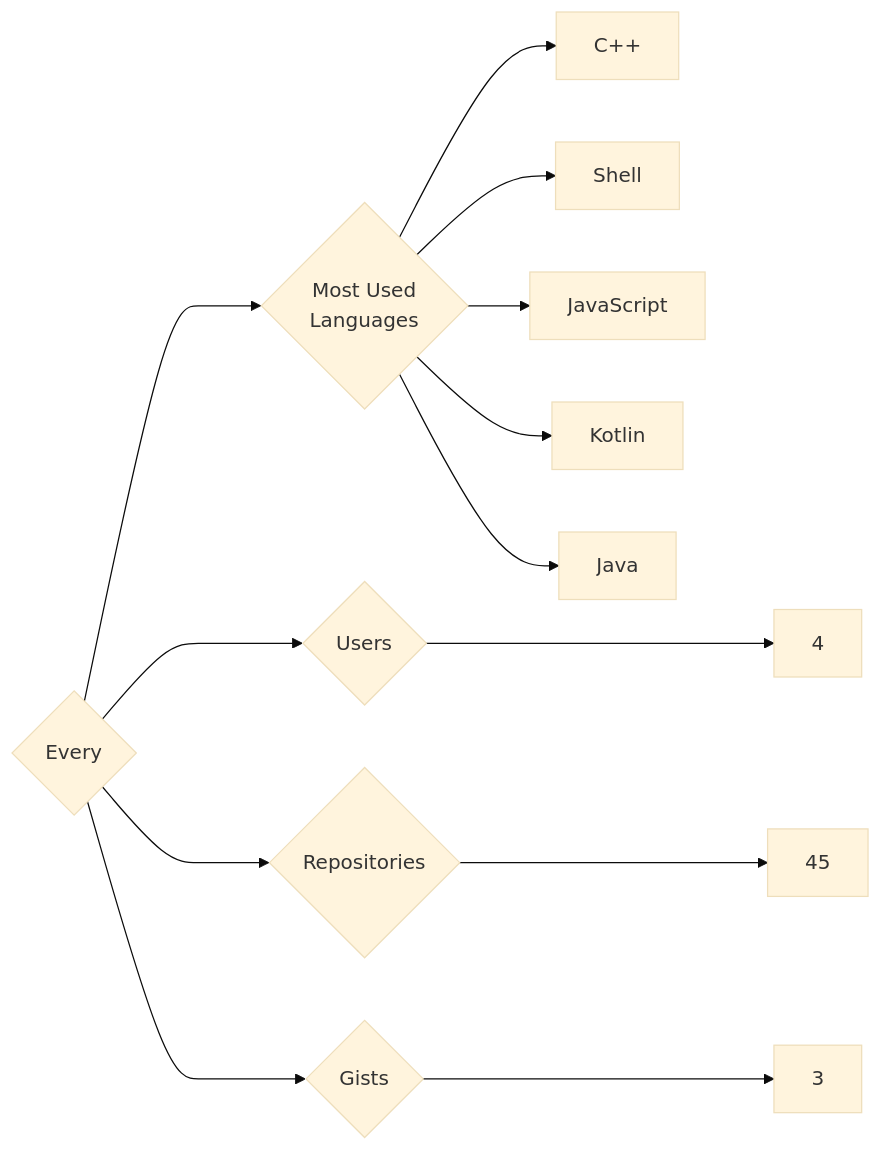
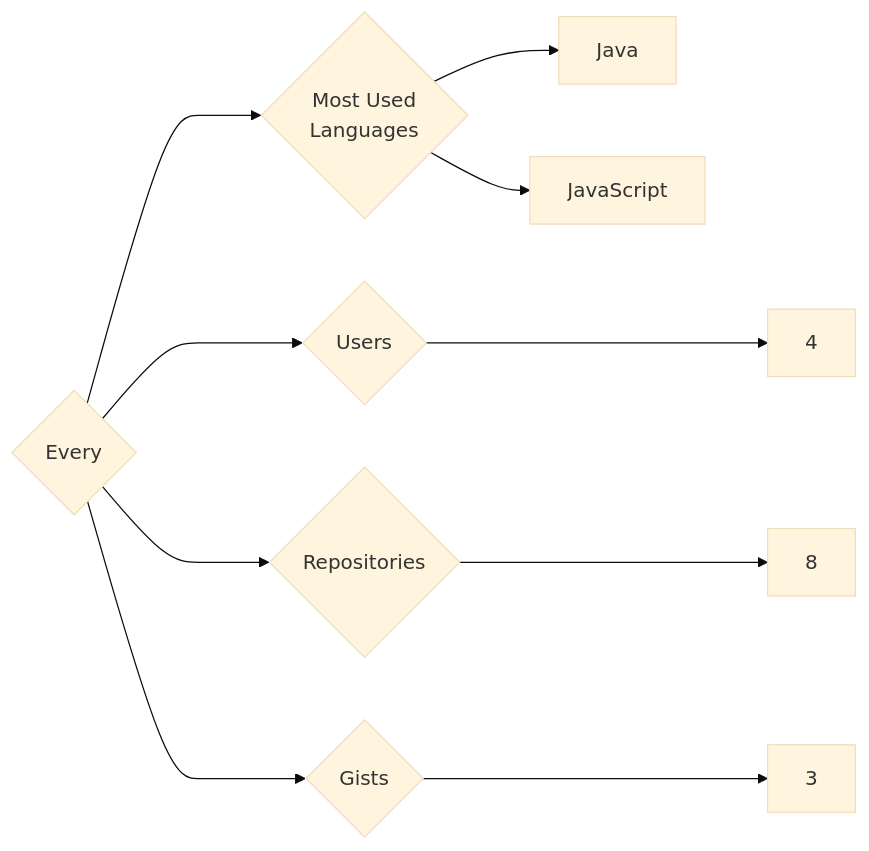
Before and after one commit to trickest/insiders: the diagram in targets/Every/README.md, drawn with Mermaid (base theme). The commit also changed 809 other files, not shown here.

````diff
--- a/targets/Every/README.md
+++ b/targets/Every/README.md
@@ -3,13 +3,10 @@
 ```mermaid
 graph LR
 COMPANY_NAME{Every}
 COMPANY_NAME ---> U{Users} ---> UN[4]
-COMPANY_NAME ---> R{Repositories} ---> RN[45]
+COMPANY_NAME ---> R{Repositories} ---> RN[8]
 COMPANY_NAME ---> G{Gists} ---> GN[3]
 COMPANY_NAME ---> ML{Most Used<br>Languages}
-ML --> C++[C++]
-ML --> Shell[Shell]
+ML --> Java[Java]
 ML --> JavaScript[JavaScript]
-ML --> Kotlin[Kotlin]
-ML --> Java[Java]
 ```
````
